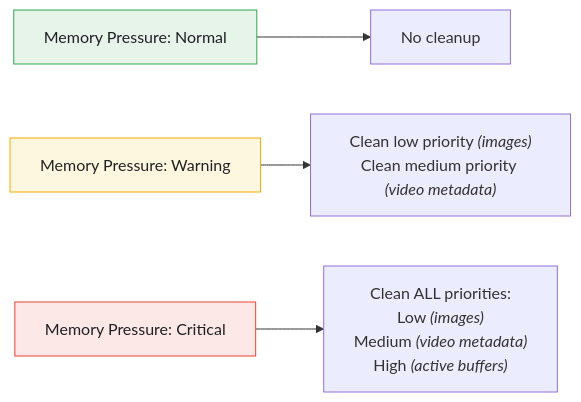
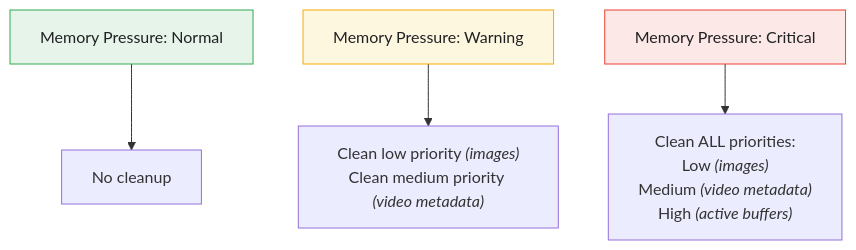
The second of 2 diagrams in docs/features/MEMORY-MANAGEMENT.md (tattva20/StreamingVideoApp), drawn with Mermaid before and after one commit. The commit also changed 20 other files, not shown here.

First line of the commit message:
Refresh docs to match current architecture

````diff
--- a/docs/features/MEMORY-MANAGEMENT.md
+++ b/docs/features/MEMORY-MANAGEMENT.md
@@ -364,12 +364,12 @@
 ```mermaid
-flowchart LR
+flowchart TB
     N["Memory Pressure: Normal"] --> N2["No cleanup"]
     W["Memory Pressure: Warning"] --> W2["Clean low priority <i>(images)</i><br/>Clean medium priority <i>(video metadata)</i>"]
     C["Memory Pressure: Critical"] --> C2["Clean ALL priorities:<br/>Low <i>(images)</i><br/>Medium <i>(video metadata)</i><br/>High <i>(active buffers)</i>"]
     classDef core fill:#e6f4ea,stroke:#34a853,color:#202124;
     classDef neutral fill:#fef7e0,stroke:#f9ab00,color:#202124;
     classDef impure fill:#fce8e6,stroke:#ea4335,color:#202124;
     class N core;
     class W neutral;
     class C impure;
 ```
````
